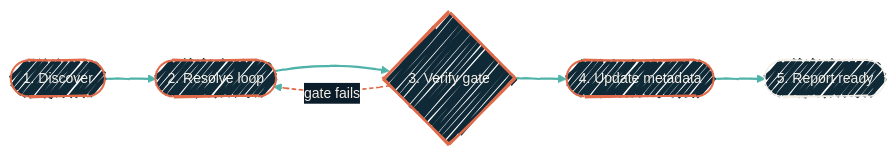
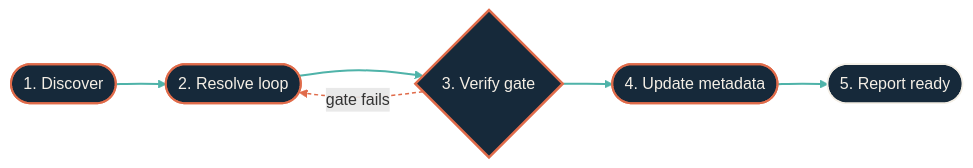
One commit to dryvist/docs changed the diagram in ai-development/skills/ship-and-finalize.mdx. Above: the diagram before and after it, drawn with Mermaid. The commit also changed other lines of this file and 116 other files, not shown here.

````diff
--- a/ai-development/skills/ship-and-finalize.mdx
+++ b/ai-development/skills/ship-and-finalize.mdx
@@ -35,24 +35,27 @@
 ```mermaid
-%%{init:
-  {'theme':'base','look':'handDrawn','themeVariables':{'fontFamily':'Geist','fontSize':'14px','primaryColor':'#102937','primaryTextColor':'#F4EFE6','primaryBorderColor':'#4FB3A9','lineColor':'#4FB3A9','secondaryColor':'#0B1D2A','tertiaryColor':'#1A2A38','clusterBkg':'rgba(79,179,169,0.08)','clusterBorder':'#4FB3A9'}}}%%
-  flowchart LR
+%%{init: {"theme":"base","look":"handDrawn","themeVariables":{"primaryColor":"#123a36","primaryTextColor":"#f4efe6","primaryBorderColor":"#4fb3a9","lineColor":"#4fb3a9","secondaryColor":"#0b1d2a","tertiaryColor":"#16293a","clusterBkg":"#08151f","clusterBorder":"#4fb3a9","fontFamily":"'Geist Sans', system-ui, -apple-system, BlinkMacSystemFont, 'Segoe UI', Roboto, sans-serif","fontSize":"14px"}}}%%
+flowchart LR
+  classDef src fill:#16293a,stroke:#e06b4a,stroke-width:2px,color:#f4efe6;
+  classDef ai fill:#16293a,stroke:#e06b4a,stroke-width:2px,color:#f4efe6;
+  classDef gate fill:#16293a,stroke:#e06b4a,stroke-width:2.5px,color:#f4efe6;
+  classDef hop fill:#16293a,stroke:#4fb3a9,stroke-width:2px,color:#f4efe6;
+  classDef host fill:#16293a,stroke:#4fb3a9,stroke-width:2px,color:#f4efe6;
+  classDef sink fill:#16293a,stroke:#f4efe6,stroke-width:2px,color:#f4efe6;
+  classDef auto fill:#16293a,stroke:#f4efe6,stroke-width:1.5px,color:#f4efe6;
+  classDef external fill:#16293a,stroke:#e6b35a,stroke-width:2px,color:#f4efe6;
   P1([1. Discover])
   P2([2. Resolve loop])
   P3{3. Verify gate}
   P4([4. Update metadata])
   P5([5. Report ready])
 
   P1 --> P2 --> P3 --> P4 --> P5
   P3 -.->|gate fails| P2
 
-  classDef ai   fill:#102937,stroke:#E06B4A,stroke-width:2px,color:#F4EFE6;
-  classDef auto fill:#102937,stroke:#F4EFE6,stroke-width:1.5px,color:#F4EFE6;
-  classDef gate fill:#102937,stroke:#E06B4A,stroke-width:2.5px,color:#F4EFE6;
-
   class P1,P2,P4 ai
   class P5 auto
   class P3 gate
 
   linkStyle 0,1,2,3 stroke:#4FB3A9,stroke-width:2px;
   linkStyle 4 stroke:#E06B4A,stroke-width:1.5px,stroke-dasharray:4 3;
 ```
````
